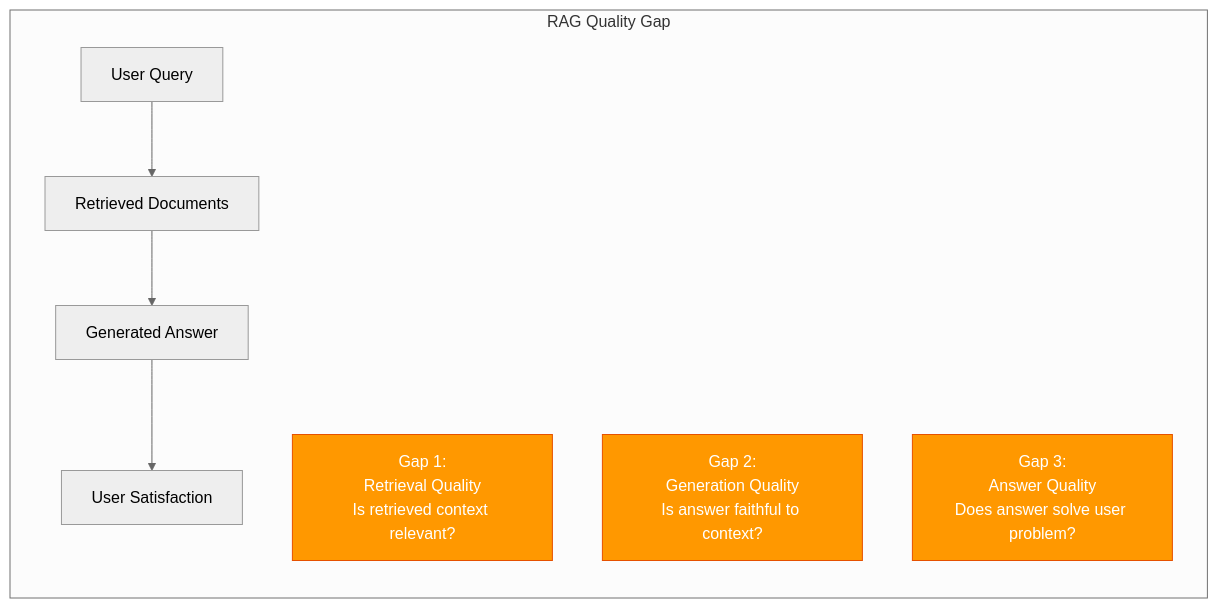
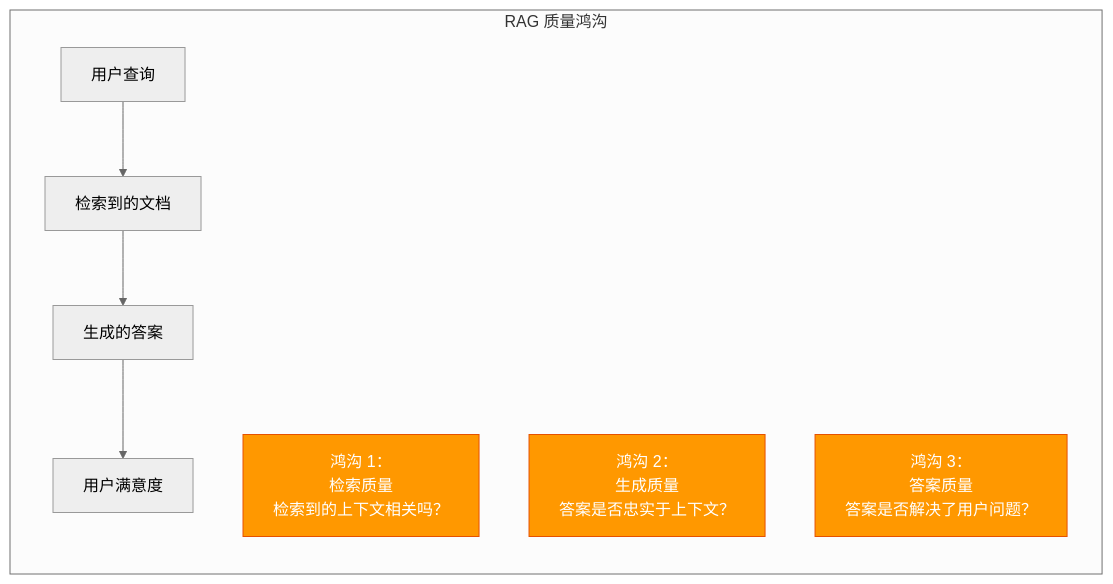
One commit to YiWang24/AiDIY changed the diagram in i18n/zh-Hans/docusaurus-plugin-content-docs/current/ai/rag/06-evaluation.mdx. Above: the diagram before and after it, drawn with Mermaid (neutral theme). The commit also changed other lines of this file and 59 other files, not shown here.

````diff
--- a/i18n/zh-Hans/docusaurus-plugin-content-docs/current/ai/rag/06-evaluation.mdx
+++ b/i18n/zh-Hans/docusaurus-plugin-content-docs/current/ai/rag/06-evaluation.mdx
@@ -23,21 +23,21 @@
 ```mermaid
 flowchart LR
-    subgraph Reality["RAG Quality Gap"]
-        Q["User Query"]
-        R["Retrieved Documents"]
-        G["Generated Answer"]
-        S["User Satisfaction"]
+    subgraph Reality["RAG 质量鸿沟"]
+        Q["用户查询"]
+        R["检索到的文档"]
+        G["生成的答案"]
+        S["用户满意度"]
 
         Q --> R
         R --> G
         G --> S
 
-        gap1["Gap 1:<br/>Retrieval Quality<br/>Is retrieved context relevant?"]
-        gap2["Gap 2:<br/>Generation Quality<br/>Is answer faithful to context?"]
-        gap3["Gap 3:<br/>Answer Quality<br/>Does answer solve user problem?"]
+        gap1["鸿沟 1：<br/>检索质量<br/>检索到的上下文相关吗？"]
+        gap2["鸿沟 2：<br/>生成质量<br/>答案是否忠实于上下文？"]
+        gap3["鸿沟 3：<br/>答案质量<br/>答案是否解决了用户问题？"]
     end
 
     style gap1 fill:#ff9800,stroke:#e65100,color:#fff
     style gap2 fill:#ff9800,stroke:#e65100,color:#fff
     style gap3 fill:#ff9800,stroke:#e65100,color:#fff
 ```
````
